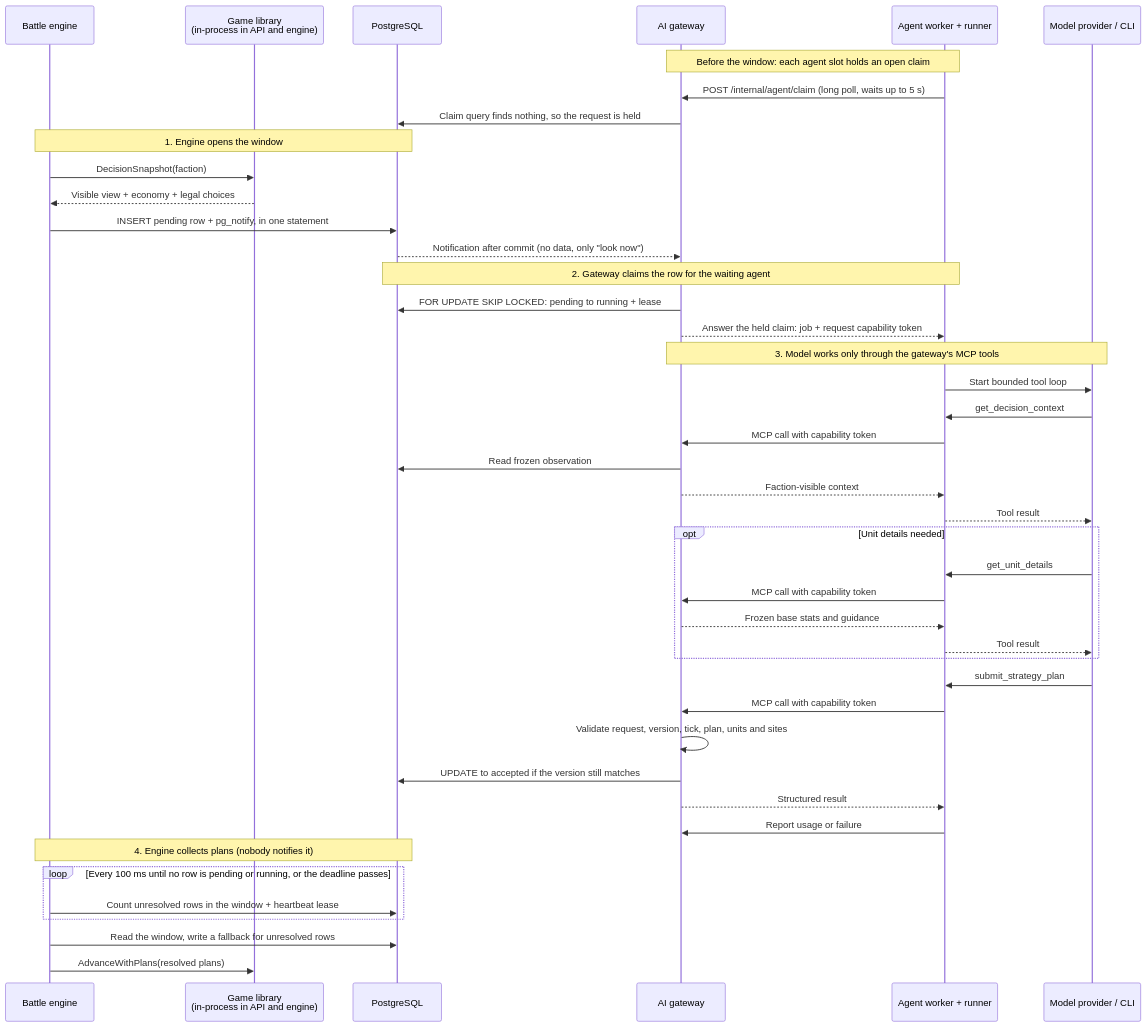
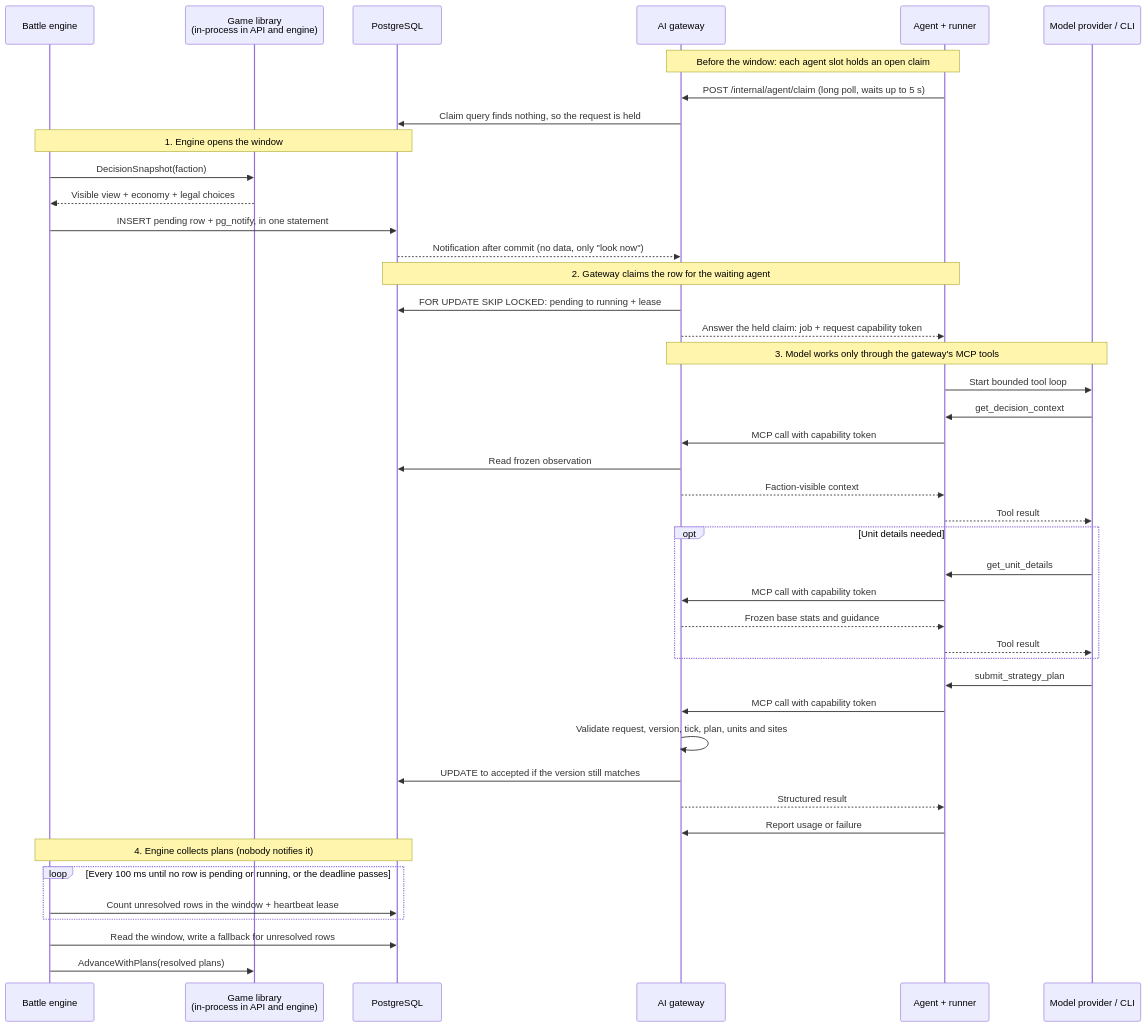
One commit to twhAuto/autonomous_battlefield changed the third of 5 diagrams in docs/architecture/system-architecture.md. Above: the diagram before and after it, drawn with Mermaid. The commit also changed other lines of this file and 1 other file, not shown here.

First line of the commit message:
AB-250: Restructure the system architecture doc to read top to bottom

````diff
--- a/docs/architecture/system-architecture.md
+++ b/docs/architecture/system-architecture.md
@@ -242,50 +279,50 @@
 ```mermaid
 sequenceDiagram
     participant Engine as Battle engine
     participant Match as Game library<br/>(in-process in API and engine)
     participant DB as PostgreSQL
     participant Gateway as AI gateway
-    participant Agent as Agent worker + runner
+    participant Agent as Agent + runner
     participant Model as Model provider / CLI
 
     Note over Gateway,Agent: Before the window: each agent slot holds an open claim
     Agent->>Gateway: POST /internal/agent/claim (long poll, waits up to 5 s)
     Gateway->>DB: Claim query finds nothing, so the request is held
 
     Note over Engine,DB: 1. Engine opens the window
     Engine->>Match: DecisionSnapshot(faction)
     Match-->>Engine: Visible view + economy + legal choices
     Engine->>DB: INSERT pending row + pg_notify, in one statement
     DB-->>Gateway: Notification after commit (no data, only "look now")
 
     Note over DB,Agent: 2. Gateway claims the row for the waiting agent
     Gateway->>DB: FOR UPDATE SKIP LOCKED: pending to running + lease
     Gateway-->>Agent: Answer the held claim: job + request capability token
 
     Note over Gateway,Model: 3. Model works only through the gateway's MCP tools
     Agent->>Model: Start bounded tool loop
     Model->>Agent: get_decision_context
     Agent->>Gateway: MCP call with capability token
     Gateway->>DB: Read frozen observation
     Gateway-->>Agent: Faction-visible context
     Agent-->>Model: Tool result
     opt Unit details needed
         Model->>Agent: get_unit_details
         Agent->>Gateway: MCP call with capability token
         Gateway-->>Agent: Frozen base stats and guidance
         Agent-->>Model: Tool result
     end
     Model->>Agent: submit_strategy_plan
     Agent->>Gateway: MCP call with capability token
     Gateway->>Gateway: Validate request, version, tick, plan, units and sites
     Gateway->>DB: UPDATE to accepted if the version still matches
     Gateway-->>Agent: Structured result
     Agent->>Gateway: Report usage or failure
 
     Note over Engine,DB: 4. Engine collects plans (nobody notifies it)
     loop Every 100 ms until no row is pending or running, or the deadline passes
         Engine->>DB: Count unresolved rows in the window + heartbeat lease
     end
     Engine->>DB: Read the window, write a fallback for unresolved rows
     Engine->>Match: AdvanceWithPlans(resolved plans)
 ```
````
